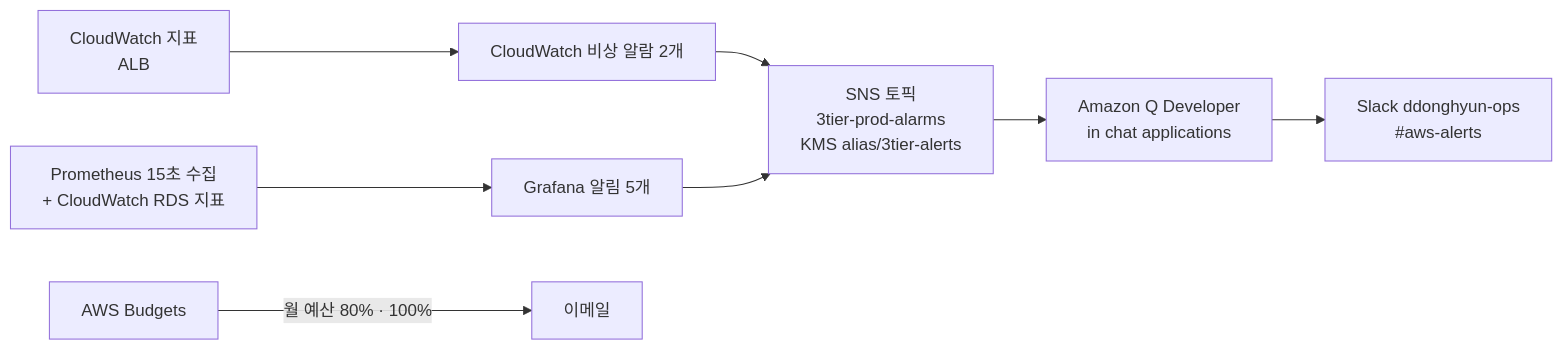
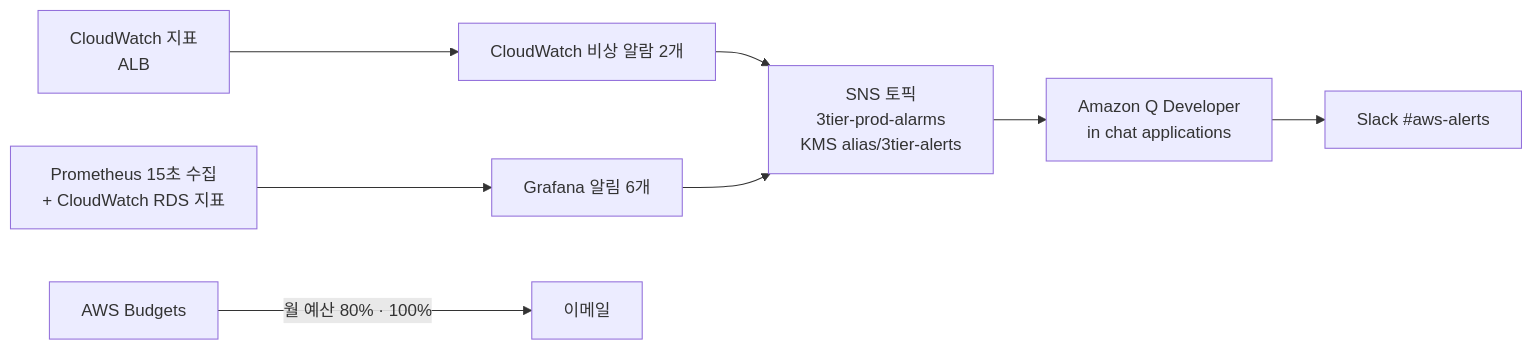
The fourth of 4 diagrams in docs/architecture.md (DDongHyun00/3-tier-terraform-ecs), drawn with Mermaid before and after one commit. The commit also changed other lines of this file and 38 other files, not shown here.

````diff
--- a/docs/architecture.md
+++ b/docs/architecture.md
@@ -95,10 +107,10 @@
 ```mermaid
 flowchart LR
     M[CloudWatch 지표<br/>ALB] --> AL[CloudWatch 비상 알람 2개]
-    P[Prometheus 15초 수집<br/>+ CloudWatch RDS 지표] --> G[Grafana 알림 5개]
+    P[Prometheus 15초 수집<br/>+ CloudWatch RDS 지표] --> G[Grafana 알림 6개]
     AL --> SNS
     G --> SNS[SNS 토픽<br/>3tier-prod-alarms<br/>KMS alias/3tier-alerts]
     SNS --> Q[Amazon Q Developer<br/>in chat applications]
-    Q --> SL[Slack ddonghyun-ops<br/>#aws-alerts]
+    Q --> SL[Slack #aws-alerts]
     B[AWS Budgets] -->|월 예산 80% · 100%| MAIL[이메일]
 ```
````
